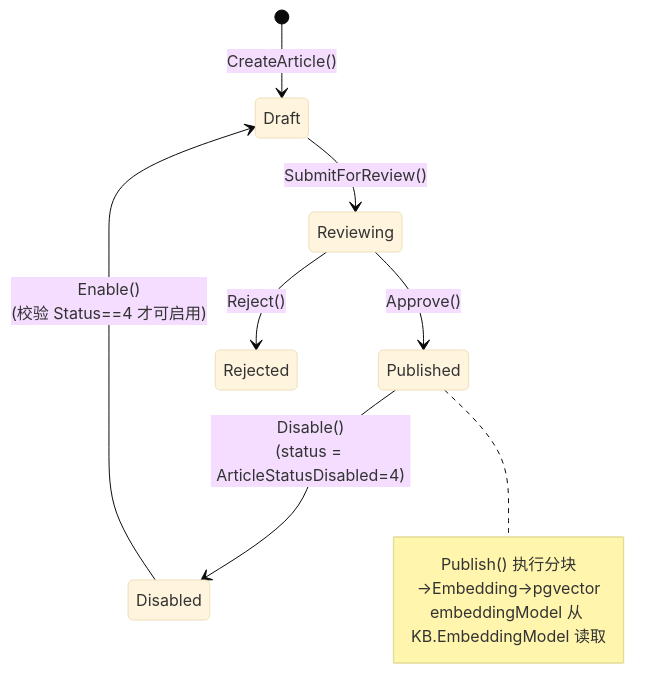
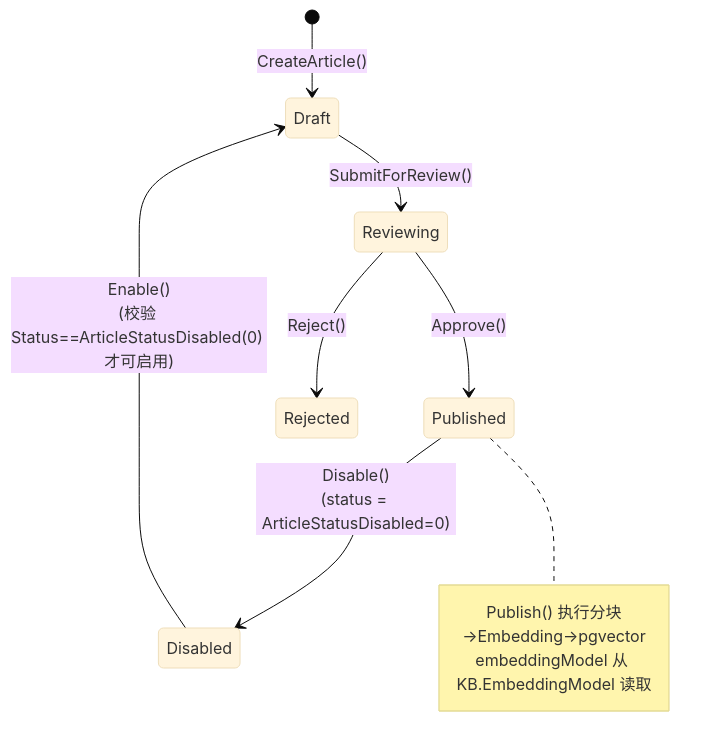
One commit to int2t05/OpsMind changed the third of 5 diagrams in docs/diagrams/knowledge-publish-flow.md. Above: the diagram before and after it, drawn with Mermaid (base theme). The commit also changed other lines of this file and 8 other files, not shown here.

````diff
--- a/docs/diagrams/knowledge-publish-flow.md
+++ b/docs/diagrams/knowledge-publish-flow.md
@@ -126,15 +126,15 @@
 ```mermaid
 stateDiagram-v2
     [*] --> Draft : CreateArticle()
 
     Draft --> Reviewing : SubmitForReview()
     Reviewing --> Published : Approve()
     Reviewing --> Rejected : Reject()
-    Published --> Disabled : Disable()<br/>(status = ArticleStatusDisabled=4)
-    Disabled --> Draft : Enable()<br/>(校验 Status==4 才可启用)
+    Published --> Disabled : Disable()<br/>(status = ArticleStatusDisabled=0)
+    Disabled --> Draft : Enable()<br/>(校验 Status==ArticleStatusDisabled(0) 才可启用)
 
     note right of Published
         Publish() 执行分块→Embedding→pgvector
         embeddingModel 从 KB.EmbeddingModel 读取
     end note
 ```
````
